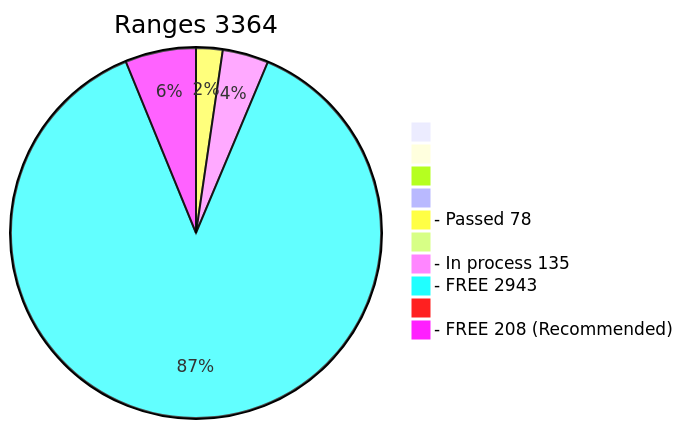
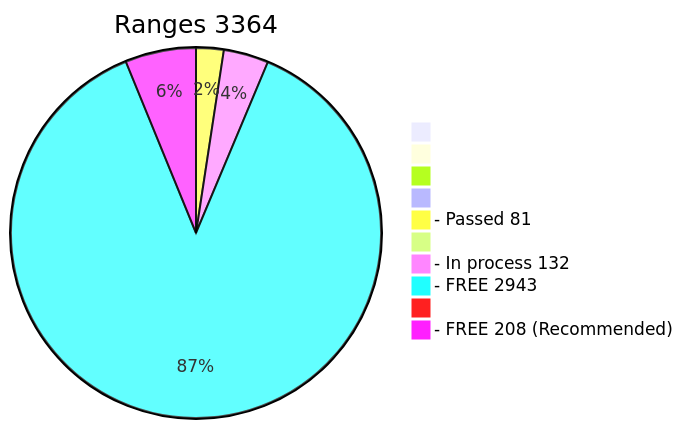
One commit to phrutis/wif500 changed the diagram in x64/Release/table.md. Above: the diagram before and after it, drawn with Mermaid. The commit also changed other lines of this file, not shown here.

````diff
--- a/x64/Release/table.md
+++ b/x64/Release/table.md
@@ -3,13 +3,13 @@
 ```mermaid
 pie title Ranges 3364
   " " : 0
   "  " : 0
   "   " : 0
   "    " : 0
-  "- Passed 78" : 78
+  "- Passed 81" : 81
   "     " : 0
-  "- In process 135" : 135
+  "- In process 132" : 132
   "- FREE 2943" : 2943
   "      " : 1
   "- FREE 208 (Recommended)" : 208
 ```
````
